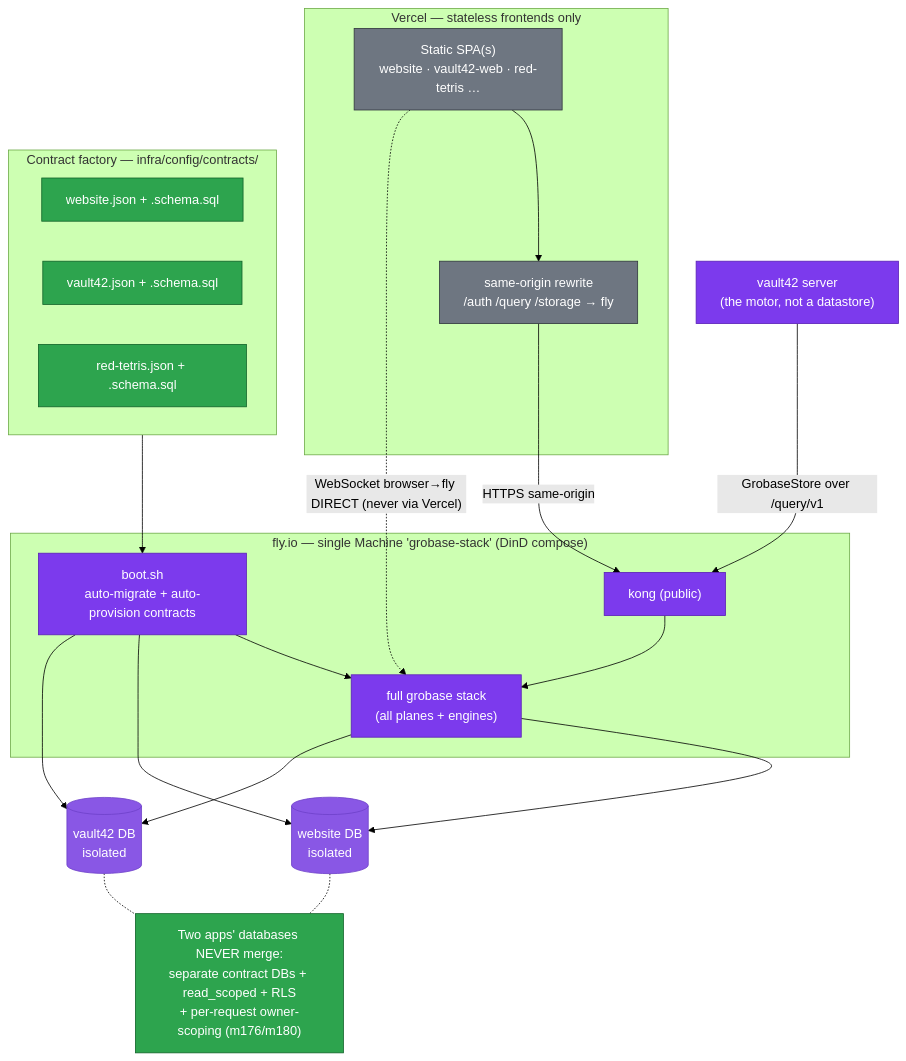
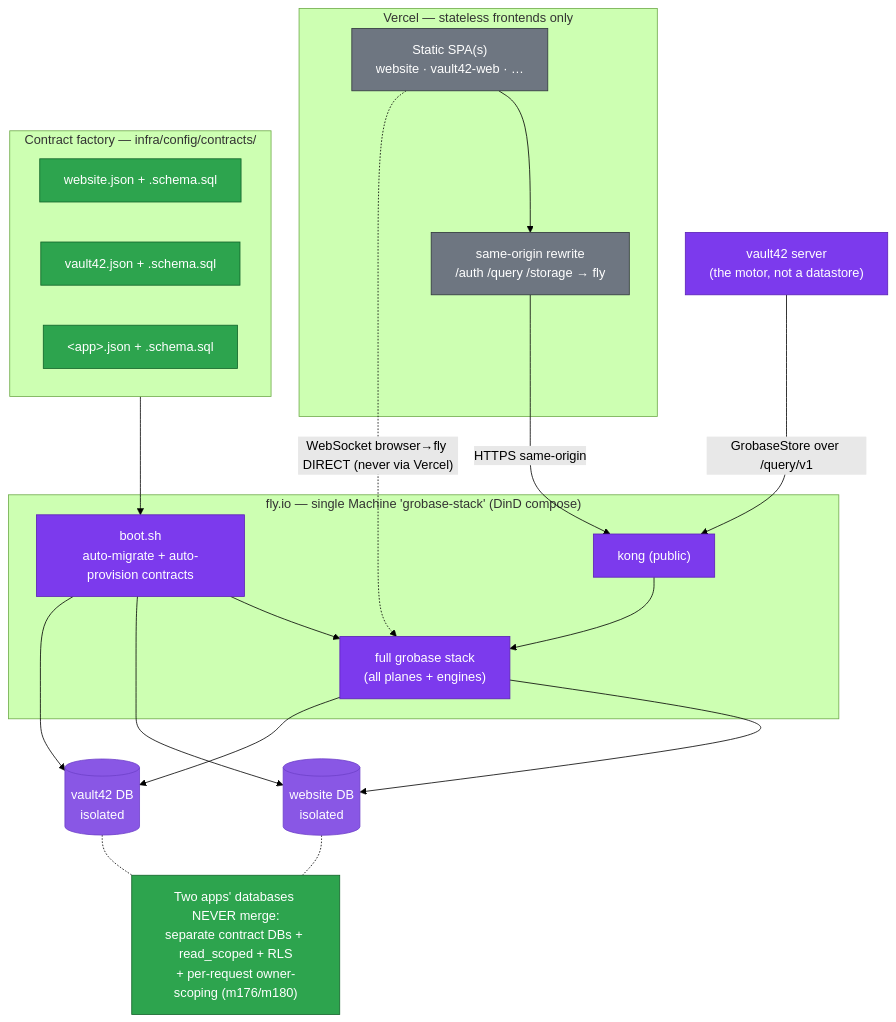
Before and after one commit to Univers42/grobase: the fifth of 6 diagrams in wiki/architecture_relation.md, drawn with Mermaid (forest theme). The commit also changed 2647 other files, not shown here.

````diff
--- a/wiki/architecture_relation.md
+++ b/wiki/architecture_relation.md
@@ -346,50 +346,50 @@
 ```mermaid
 flowchart TB
     subgraph VERCEL["Vercel — stateless frontends only"]
-        FE["Static SPA(s)<br/>website · vault42-web · red-tetris …"]
+        FE["Static SPA(s)<br/>website · vault42-web · …"]
         RW["same-origin rewrite<br/>/auth /query /storage → fly"]
     end
 
     subgraph FLY["fly.io — single Machine 'grobase-stack' (DinD compose)"]
         BOOT["boot.sh<br/>auto-migrate + auto-provision contracts"]
         KONGP["kong (public)"]
         STACK["full grobase stack<br/>(all planes + engines)"]
     end
 
     subgraph CONTRACTS["Contract factory — infra/config/contracts/"]
         CW["website.json + .schema.sql"]
         CV["vault42.json + .schema.sql"]
-        CR["red-tetris.json + .schema.sql"]
+        CR["&lt;app&gt;.json + .schema.sql"]
     end
 
     DB1[("website DB<br/>isolated")]
     DB2[("vault42 DB<br/>isolated")]
 
     FE --> RW
     RW -->|"HTTPS same-origin"| KONGP
     FE -. "WebSocket browser→fly DIRECT (never via Vercel)" .-> STACK
     KONGP --> STACK
     BOOT --> STACK
     CONTRACTS --> BOOT
     BOOT --> DB1
     BOOT --> DB2
     STACK --> DB1
     STACK --> DB2
 
     V42M["vault42 server<br/>(the motor, not a datastore)"]
     V42M -->|"GrobaseStore over /query/v1"| KONGP
 
     NOTE["Two apps' databases NEVER merge:<br/>separate contract DBs + read_scoped + RLS<br/>+ per-request owner-scoping (m176/m180)"]
     DB1 -.- NOTE
     DB2 -.- NOTE
 
     classDef vercel fill:#6e7681,color:#fff,stroke:#30363d;
     classDef fly fill:#7c3aed,color:#fff,stroke:#5b21b6;
     classDef contract fill:#2da44e,color:#fff,stroke:#116329;
     classDef db fill:#8957e5,color:#fff,stroke:#6e40c9;
     class FE,RW vercel;
     class BOOT,KONGP,STACK,V42M fly;
     class CW,CV,CR contract;
     class DB1,DB2 db;
     class NOTE contract;
 ```
````
